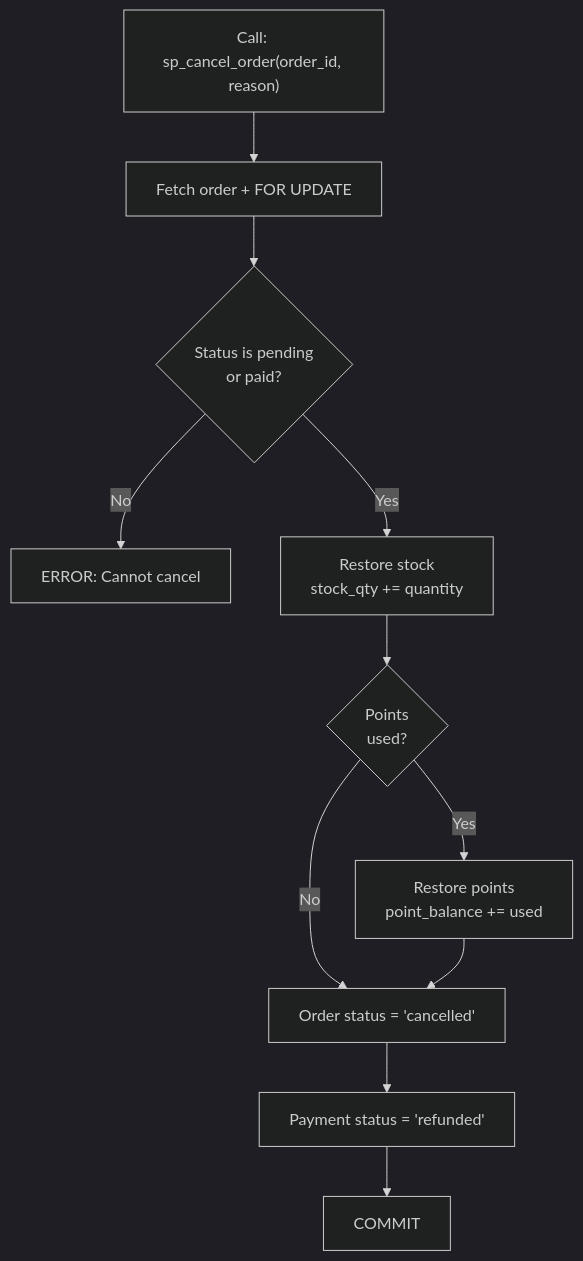
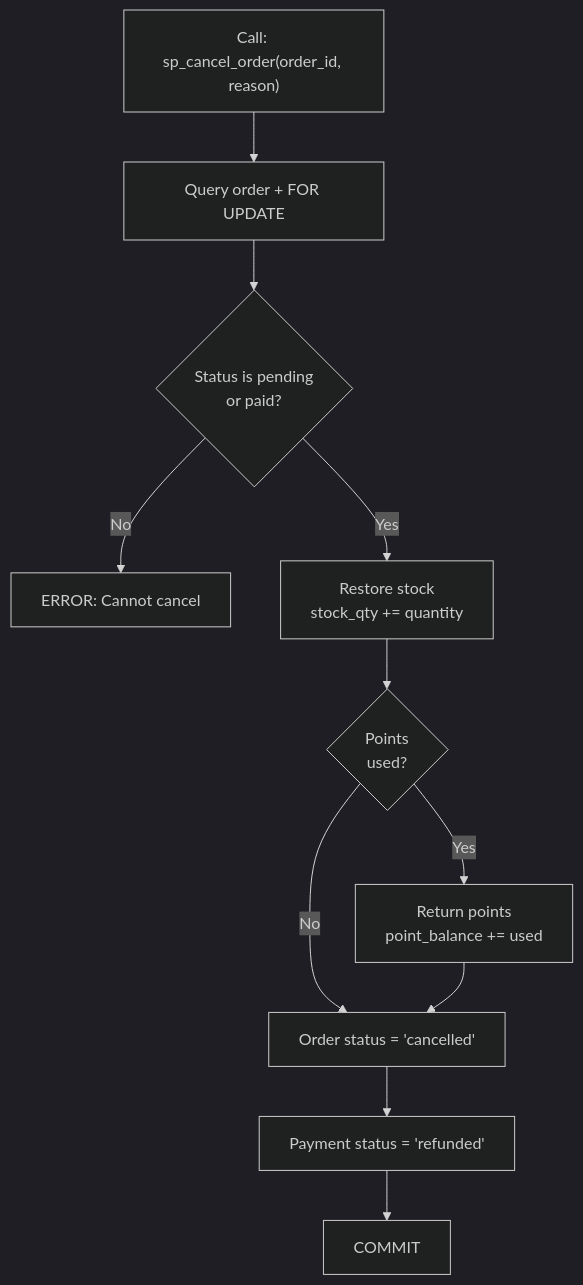
The fifth of 15 diagrams in docs/en/schema/procedures.md (civilian7/sql-tutorial), drawn with Mermaid (dark theme) before and after one commit. The commit also changed other lines of this file and 121 other files, not shown here.

````diff
--- a/docs/en/schema/procedures.md
+++ b/docs/en/schema/procedures.md
@@ -467,17 +482,17 @@
 ```mermaid
 flowchart TD
-    A["Call: sp_cancel_order(order_id, reason)"] --> B["Fetch order + FOR UPDATE"]
+    A["Call: sp_cancel_order(order_id, reason)"] --> B["Query order + FOR UPDATE"]
     B --> C{"Status is pending
     or paid?"}
     C -- No --> D["ERROR: Cannot cancel"]
     C -- Yes --> E["Restore stock
     stock_qty += quantity"]
     E --> F{"Points
     used?"}
     F -- No --> G["Order status = 'cancelled'"]
-    F -- Yes --> H["Restore points
+    F -- Yes --> H["Return points
     point_balance += used"]
     H --> G
     G --> I["Payment status = 'refunded'"]
     I --> J["COMMIT"]
 ```
````
